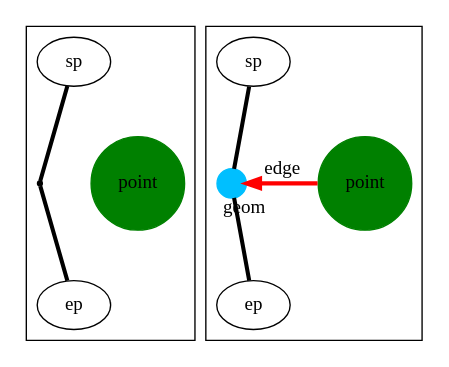
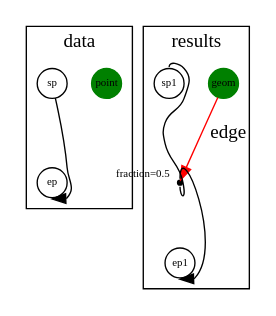
Before and after one commit to pgRouting/pgrouting: the first of 2 diagrams in doc/utilities/pgr_findCloseEdges.rst, drawn with Graphviz. The commit also changed other lines of this file and 16 other files, not shown here.

```diff
--- a/doc/utilities/pgr_findCloseEdges.rst
+++ b/doc/utilities/pgr_findCloseEdges.rst
@@ -254,33 +228,32 @@
 .. graphviz::
 
-   digraph G {
-     splines=false;
+   digraph D {
      subgraph cluster0 {
-       point [shape=circle;style=filled;color=green];
-       geom [shape=point;color=black;size=0];
-       sp, ep;
+       label="data";
+       point [shape=circle;style=filled;color=green;fontsize=8;width=0.3;fixedsize=true];
+       point [pos="0,1.5!"]
 
-       edge[weight=0];
-       point -> geom [dir=none; penwidth=0, color=red];
-       edge[weight=2];
-       sp -> geom -> ep [dir=none;penwidth=3 ];
+       sp, ep [shape=circle;fontsize=8;width=0.3;fixedsize=true];
+       sp[pos="2,0!"]
+       ep[pos="2,3!"]
 
-       {rank=same; point, geom}
+       sp -> ep:s
      }
+     subgraph cluster1 {
+       label="results";
+       geom [shape=circle;style=filled;color=green;fontsize=8;width=0.3;fixedsize=true];
+       geom [pos="3,1.5!"]
 
-     subgraph cluster1 {
-       point1 [shape=circle;style=filled;color=green;label=point];
-       geom1 [shape=point;color=deepskyblue; xlabel="geom"; width=0.3];
-       sp1 [label=sp]; ep1 [label=ep];
+       np11 [shape=point;color=black;size=0;fontsize=8;fixedsize=true];
+       np11 [pos="5,1.5!";xlabel="fraction=0.5"];
 
-       edge[weight=0];
-       point1 -> geom1 [weight=0, penwidth=3, color=red,
-                      label="edge"];
-       edge[weight=2];
-       sp1 -> geom1 -> ep1 [dir=none;weight=1, penwidth=3 ];
+       sp1, ep1 [shape=circle;fontsize=8;width=0.3;fixedsize=true];
+       sp1[pos="5,0!"]
+       ep1[pos="5,3!"]
 
+       sp1:n ->  np11:s [dir=none]
+       np11:n -> ep1:s
 
-       geom1 -> point1 [dir=none;weight=0, penwidth=0, color=red];
-       {rank=same; point1, geom1}
+       geom -> np11 [color=red,label="edge"];
      }
    }
```
